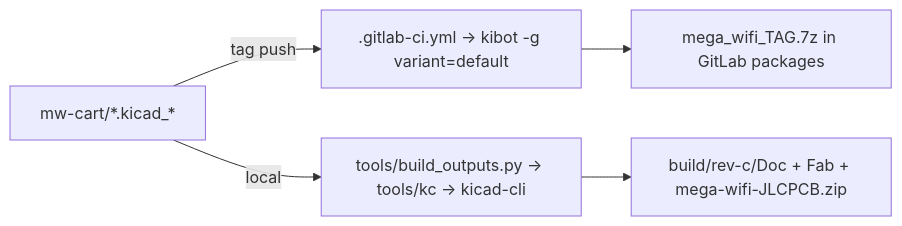
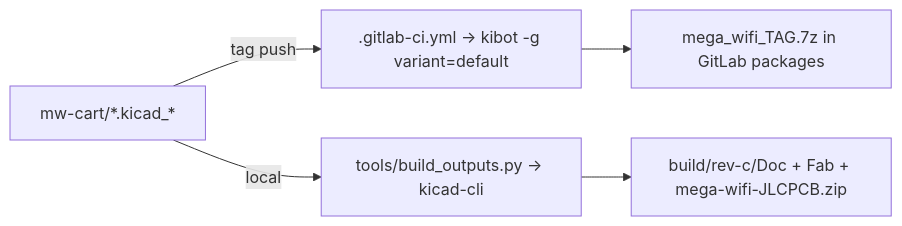
The diagram in lode/build/summary.md (jfryman/mw-cart), drawn with Mermaid before and after one commit. The commit also changed other lines of this file and 20 other files, not shown here.

````diff
--- a/lode/build/summary.md
+++ b/lode/build/summary.md
@@ -9,7 +9,7 @@
 ```mermaid
 flowchart LR
   SRC[mw-cart/*.kicad_*] -->|tag push| CI[.gitlab-ci.yml → kibot -g variant=default]
   CI --> PKG[mega_wifi_TAG.7z in GitLab packages]
-  SRC -->|local| BO[tools/build_outputs.py → tools/kc → kicad-cli]
+  SRC -->|local| BO[tools/build_outputs.py → kicad-cli]
   BO --> OUT[build/rev-c/Doc + Fab + mega-wifi-JLCPCB.zip]
 ```
````
